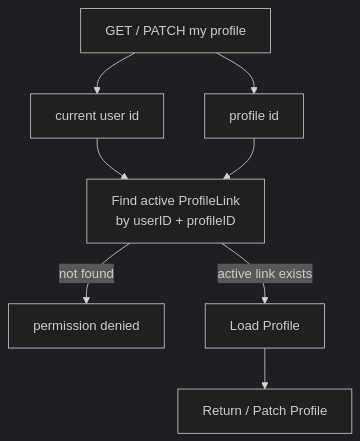
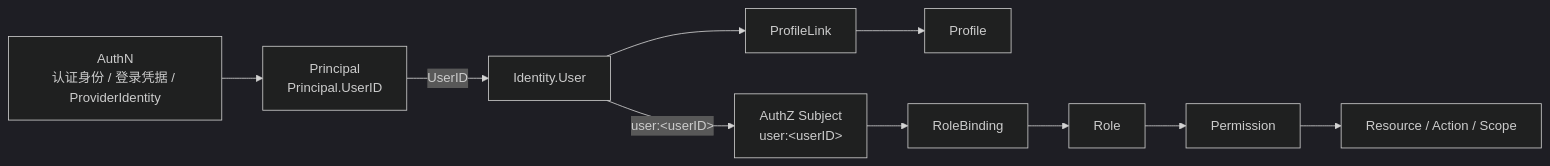
One commit to FangcunMount/iam changed the third of 3 diagrams in docs/04-身份Identity/README.md. Above: the diagram before and after it, drawn with Mermaid (dark theme). The commit also changed other lines of this file and 7 other files, not shown here.

````diff
--- a/docs/04-身份Identity/README.md
+++ b/docs/04-身份Identity/README.md
@@ -242,17 +301,19 @@
 ```mermaid
-flowchart TD
-    Req["GET / PATCH my profile"]
-    CurrentUser["current user id"]
-    ProfileID["profile id"]
-    LinkCheck["Find active ProfileLink<br/>by userID + profileID"]
-    Deny["permission denied"]
-    LoadProfile["Load Profile"]
-    Return["Return / Patch Profile"]
+flowchart LR
+    AuthnIdentity["AuthN<br/>认证身份 / 登录凭据 / ProviderIdentity"]
+    Principal["Principal<br/>Principal.UserID"]
+    User["Identity.User"]
+    ProfileLink["ProfileLink"]
+    Profile["Profile"]
+    Subject["AuthZ Subject<br/>user:&lt;userID&gt;"]
+    RoleBinding["RoleBinding"]
+    Role["Role"]
+    Permission["Permission"]
+    Resource["Resource / Action / Scope"]
 
-    Req --> CurrentUser
-    Req --> ProfileID
-    CurrentUser --> LinkCheck
-    ProfileID --> LinkCheck
-    LinkCheck -->|"not found"| Deny
-    LinkCheck -->|"active link exists"| LoadProfile --> Return
+    AuthnIdentity --> Principal
+    Principal -->|UserID| User
+    User --> ProfileLink --> Profile
+    User -->|user:&lt;userID&gt;| Subject
+    Subject --> RoleBinding --> Role --> Permission --> Resource
 ```
````
